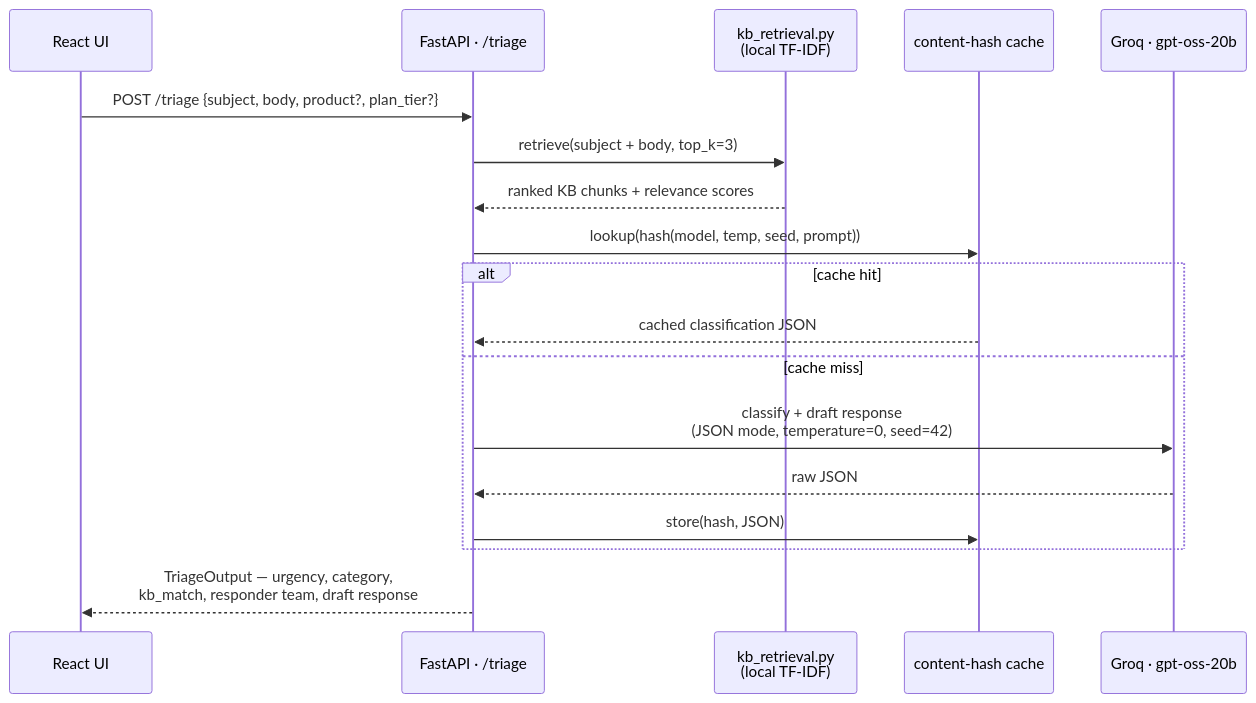
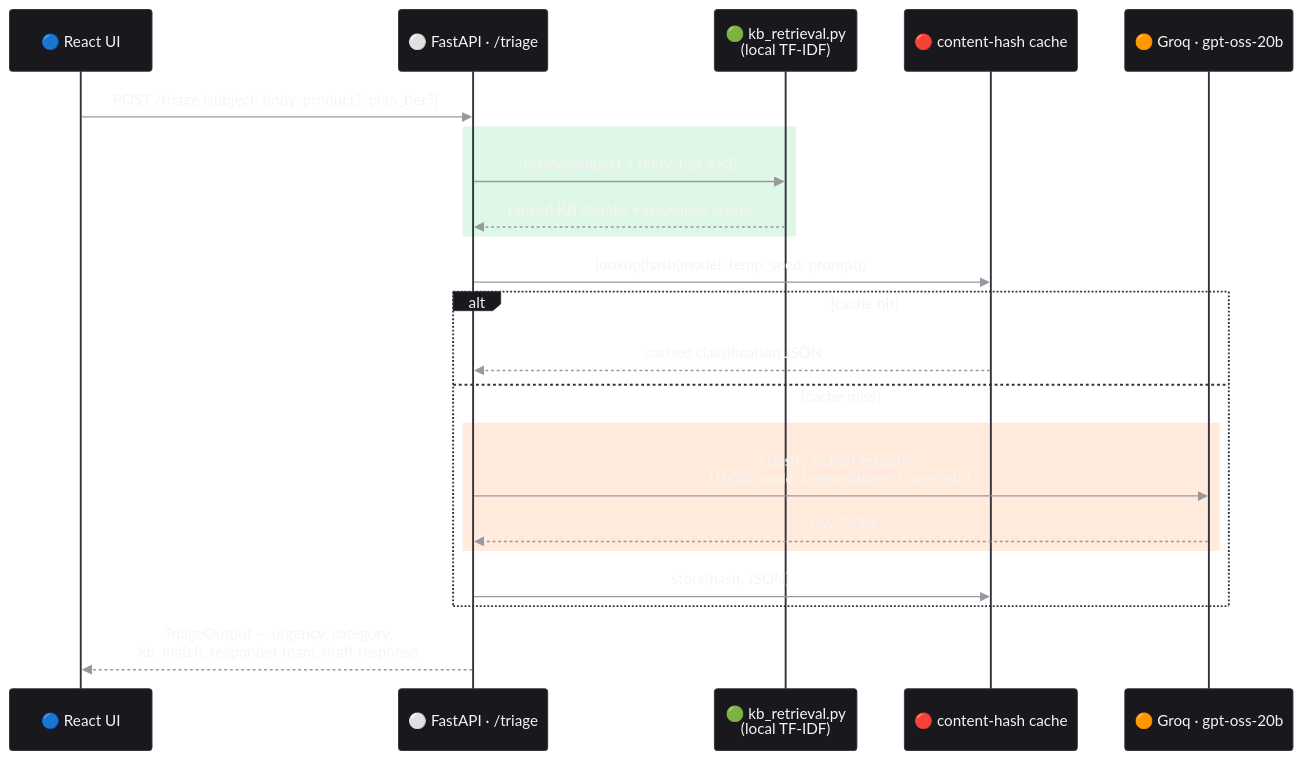
The second of 4 diagrams in README.md (JMadhan1/zycus), drawn with Mermaid before and after one commit. The commit also changed other lines of this file, not shown here.

First line of the commit message:
Color-code all four architecture diagrams for readability

````diff
--- a/README.md
+++ b/README.md
@@ -119,21 +135,29 @@
 ```mermaid
+%%{init: {'theme':'base', 'themeVariables': {'actorBkg':'#18181d','actorBorder':'#33333c','actorTextColor':'#f5f5f4','signalColor':'#98989f','signalTextColor':'#f5f5f4','noteBkgColor':'#232329','noteTextColor':'#f5f5f4','noteBorderColor':'#33333c'}}}%%
 sequenceDiagram
-    participant U as React UI
-    participant API as FastAPI · /triage
-    participant KB as kb_retrieval.py<br/>(local TF-IDF)
-    participant Cache as content-hash cache
-    participant LLM as Groq · gpt-oss-20b
+    participant U as 🔵 React UI
+    participant API as ⚪ FastAPI · /triage
+    participant KB as 🟢 kb_retrieval.py<br/>(local TF-IDF)
+    participant Cache as 🔴 content-hash cache
+    participant LLM as 🟠 Groq · gpt-oss-20b
 
     U->>API: POST /triage {subject, body, product?, plan_tier?}
+
+    rect rgba(34, 197, 94, 0.15)
     API->>KB: retrieve(subject + body, top_k=3)
     KB-->>API: ranked KB chunks + relevance scores
+    end
+
     API->>Cache: lookup(hash(model, temp, seed, prompt))
     alt cache hit
         Cache-->>API: cached classification JSON
     else cache miss
+        rect rgba(255, 138, 61, 0.18)
         API->>LLM: classify + draft response<br/>(JSON mode, temperature=0, seed=42)
         LLM-->>API: raw JSON
+        end
         API->>Cache: store(hash, JSON)
     end
+
     API-->>U: TriageOutput — urgency, category,<br/>kb_match, responder team, draft response
 ```
````
